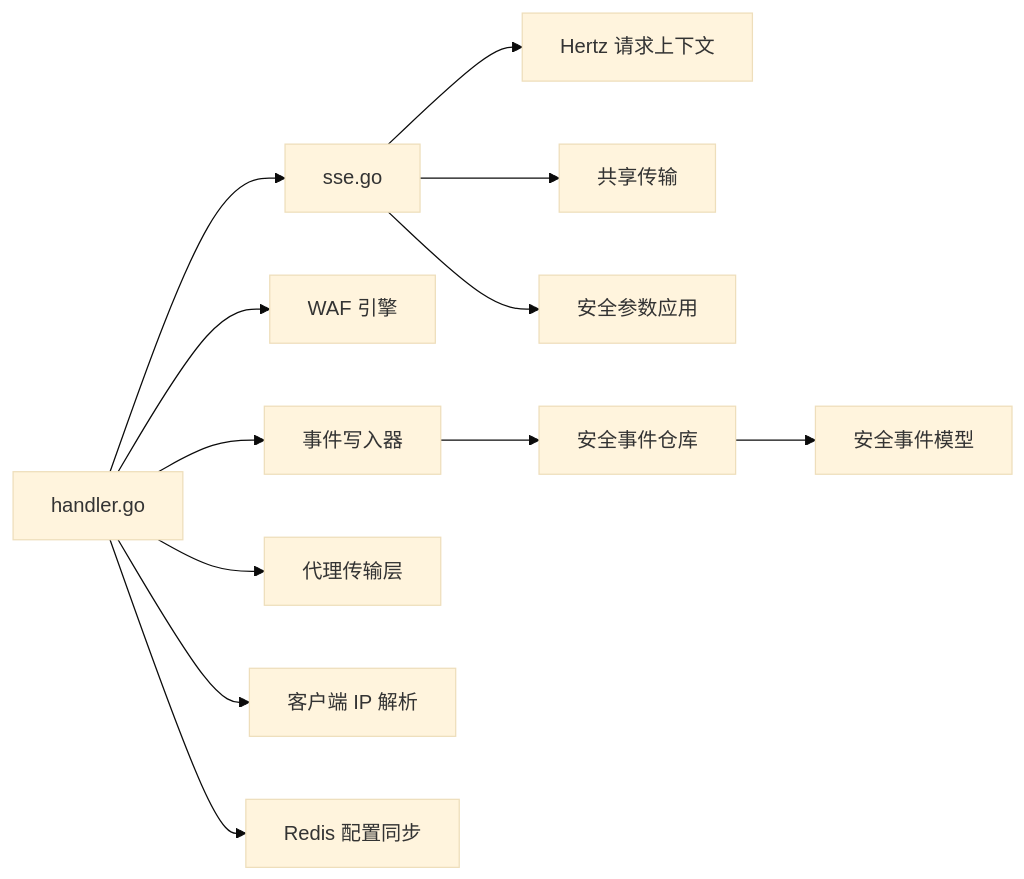
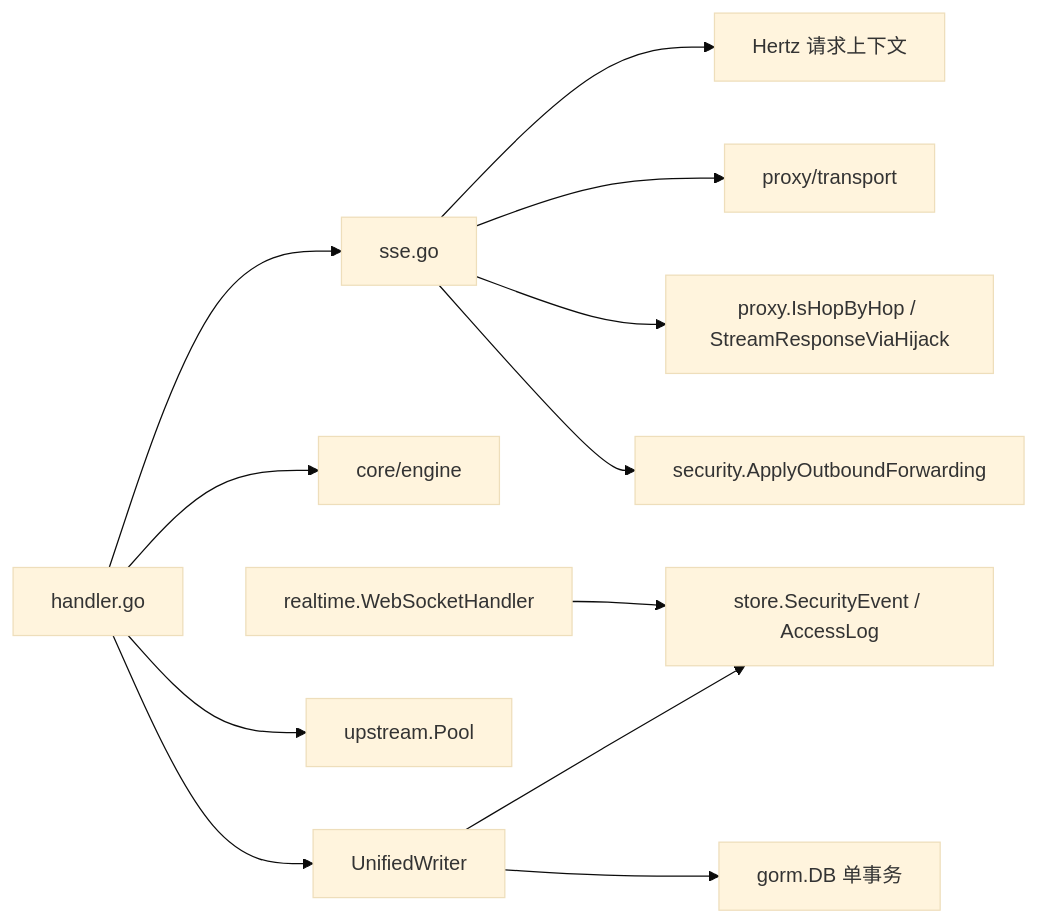
One commit to x01n/My-OpenWaf changed the ninth of 9 diagrams in docs/数据平面处理/SSE 事件推送.md. Above: the diagram before and after it, drawn with Mermaid (base theme). The commit also changed other lines of this file and 622 other files, not shown here.

````diff
--- a/docs/数据平面处理/SSE 事件推送.md
+++ b/docs/数据平面处理/SSE 事件推送.md
@@ -331,14 +478,14 @@
 ```mermaid
 graph LR
 SSE["sse.go"] --> Hertz["Hertz 请求上下文"]
-SSE --> Proxy["共享传输"]
-SSE --> Sec["安全参数应用"]
+SSE --> TR["proxy/transport"]
+SSE --> PX["proxy.IsHopByHop / StreamResponseViaHijack"]
+SSE --> Sec["security.ApplyOutboundForwarding"]
 Handler["handler.go"] --> SSE
-Handler --> Engine["WAF 引擎"]
-Handler --> EW["事件写入器"]
-Handler --> PROXY["代理传输层"]
-Handler --> SEC["客户端 IP 解析"]
-EW --> Repo["安全事件仓库"]
-Repo --> Model["安全事件模型"]
-Handler --> Redis["Redis 配置同步"]
+Handler --> Engine["core/engine"]
+Handler --> EW["UnifiedWriter"]
+Handler --> UP["upstream.Pool"]
+EW --> Model["store.SecurityEvent / AccessLog"]
+EW --> DB["gorm.DB 单事务"]
+RT["realtime.WebSocketHandler"] --> Model
 ```
````
